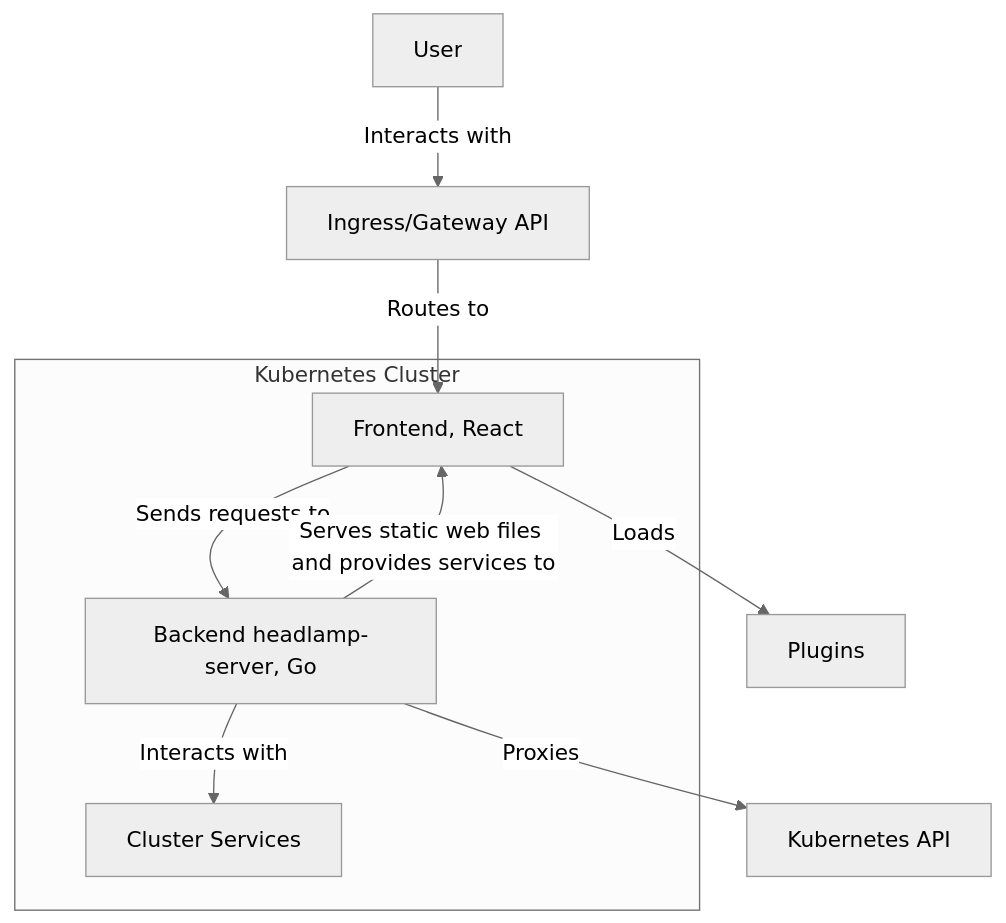
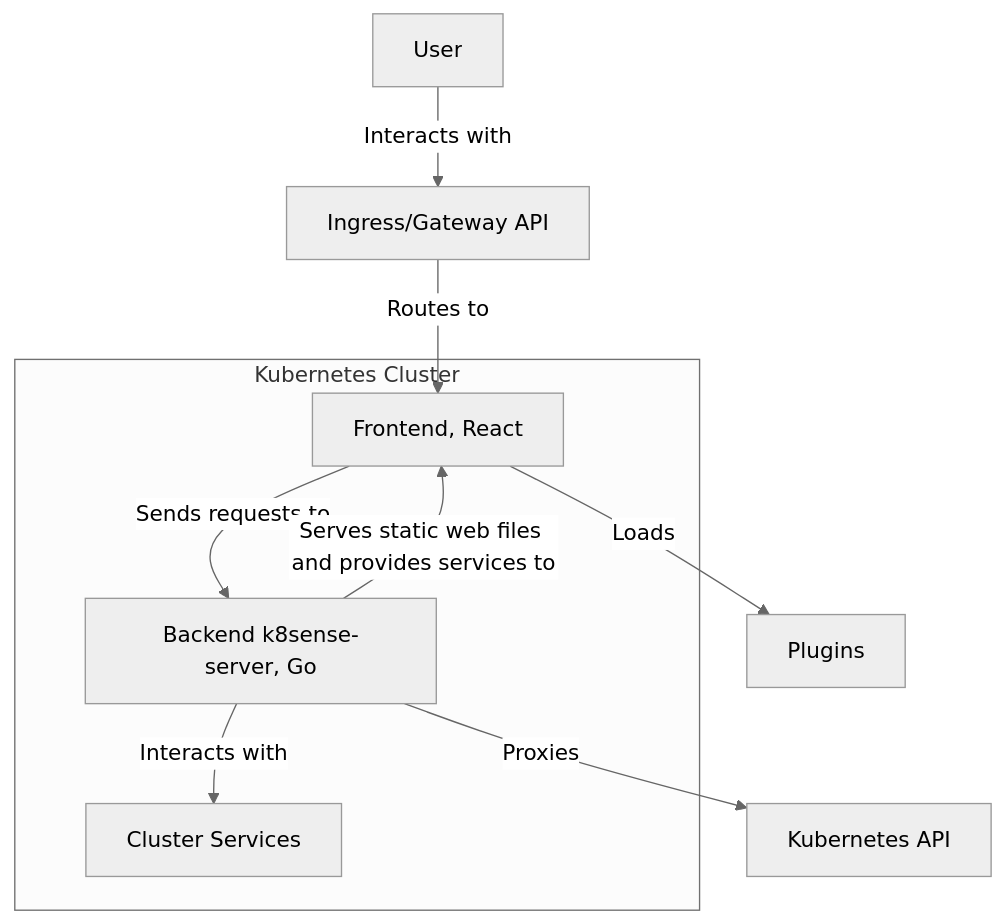
One commit to OA879/K8Sense changed the second of 5 diagrams in docs/development/architecture.md. Above: the diagram before and after it, drawn with Mermaid (neutral theme). The commit also changed other lines of this file and 466 other files, not shown here.

````diff
--- a/docs/development/architecture.md
+++ b/docs/development/architecture.md
@@ -37,15 +37,15 @@
 ```mermaid
 graph TD
     A[User] -->|Interacts with| G[Ingress/Gateway API]
     G -->|Routes to| B[Frontend, React]
-    B -->|Sends requests to| C[Backend headlamp-server, Go]
+    B -->|Sends requests to| C[Backend k8sense-server, Go]
     C -->|Proxies| D[Kubernetes API]
     C -->|Interacts with| E[Cluster Services]
     B -->|Loads| F[Plugins]
     C -->|Serves static web files and provides services to| B
     subgraph Kubernetes Cluster
         B
         C
         E
     end
 ```
````
